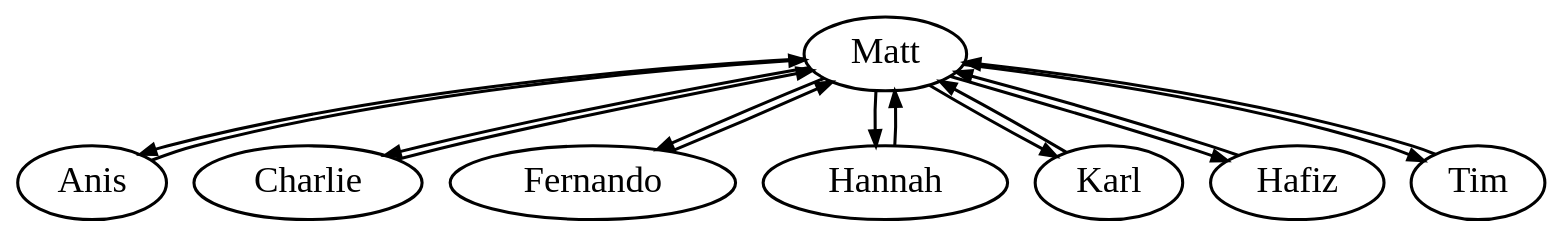
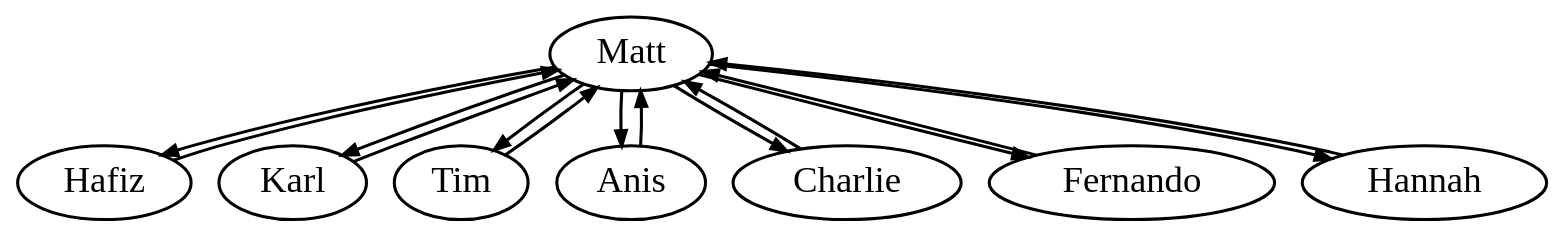
One commit to create-ensemble/feedback changed the diagram in diagram/presentation/star.dot. Above: the diagram before and after it, drawn with Graphviz. The commit also changed 11 other files, not shown here.

Commit message:
presentation diagrams

```diff
--- a/diagram/presentation/star.dot
+++ b/diagram/presentation/star.dot
@@ -1,11 +1,19 @@
 digraph star {
   edge [penwidth=2] node [penwidth=2, fontsize=24]
-//  Matt -> Hafiz -> Tim -> Anis -> Charlie -> Fernando -> Hannah -> Karl -> Matt [style=invis]
+  Matt     [pos="527.681,-98.5215"]
+  Hafiz    [pos="327.075,-15.4274"]
+  Karl     [pos="610.776,-299.128"]
+  Tim      [pos="126.468,-98.5215"]
+  Anis     [pos="43.3738,-299.128"]
+  Charlie  [pos="126.468,-499.735"]
+  Fernando [pos="327.075,-582.829"]
+  Hannah   [pos="527.681,-499.735"]
+
   Matt -> Anis -> Matt
   Matt -> Charlie -> Matt
   Matt -> Fernando -> Matt
   Matt -> Hannah -> Matt
   Matt -> Karl -> Matt
   Matt -> Hafiz -> Matt
   Matt -> Tim -> Matt
 }
```
